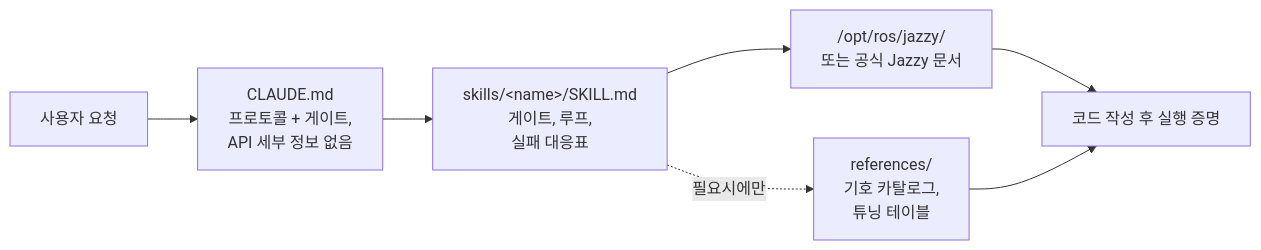
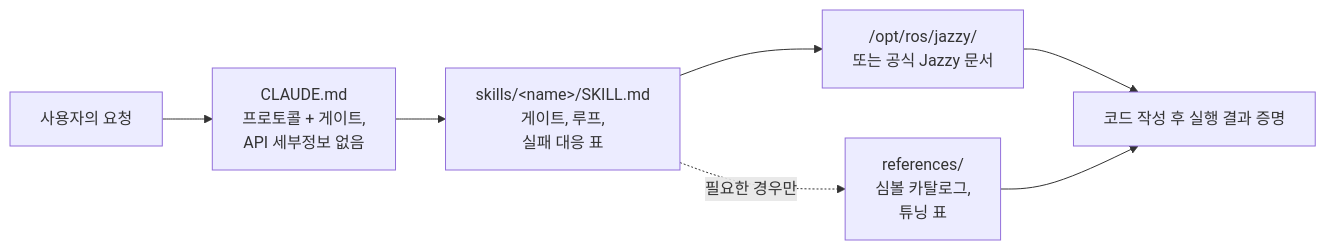
One commit to Leehyunbin0131/claude-ros2-skills changed the diagram in README.ko.md. Above: the diagram before and after it, drawn with Mermaid. The commit also changed other lines of this file and 5 other files, not shown here.

Commit message:
docs: sync all translated READMEs with updated Evals and Roadmap in English README

````diff
--- a/README.ko.md
+++ b/README.ko.md
@@ -155,9 +178,9 @@
 ```mermaid
 flowchart LR
-    A["사용자 요청"] --> B["CLAUDE.md<br/>프로토콜 + 게이트,<br/>API 세부 정보 없음"]
-    B --> C["skills/&lt;name&gt;/SKILL.md<br/>게이트, 루프,<br/>실패 대응표"]
+    A["사용자의 요청"] --> B["CLAUDE.md<br/>프로토콜 + 게이트,<br/>API 세부정보 없음"]
+    B --> C["skills/&lt;name&gt;/SKILL.md<br/>게이트, 루프,<br/>실패 대응 표"]
     C --> D["/opt/ros/jazzy/<br/>또는 공식 Jazzy 문서"]
-    C -.필요시에만.-> R["references/<br/>기호 카탈로그,<br/>튜닝 테이블"]
-    D --> E["코드 작성 후 실행 증명"]
+    C -.필요한 경우만.-> R["references/<br/>심볼 카탈로그,<br/>튜닝 표"]
+    D --> E["코드 작성 후 실행 결과 증명"]
     R --> E
 ```
````
